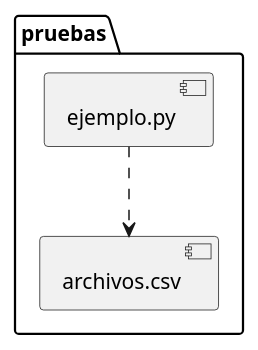
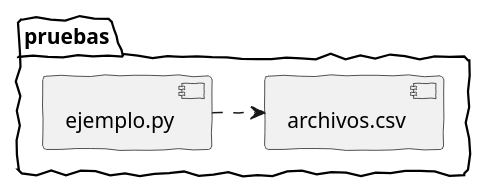
Before and after one commit to kewapo/pruebas: the diagram in componentes.puml, drawn with PlantUML. The commit also changed 2 other files, not shown here.

Commit message:
guarda archivos, lee archivos y los copara con diagramas uml (PlantUML)

```diff
--- a/componentes.puml
+++ b/componentes.puml
@@ -1,7 +1,8 @@
 @startuml
+skinparam handwritten true
 
 folder "pruebas" {
-[ejemplo.py] ..> [archivos.csv]
+[ejemplo.py] .> [archivos.csv]
 }
 
 @enduml
```
